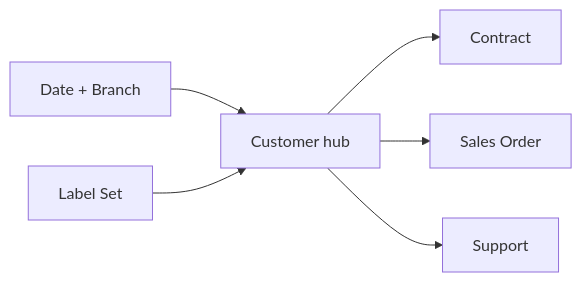
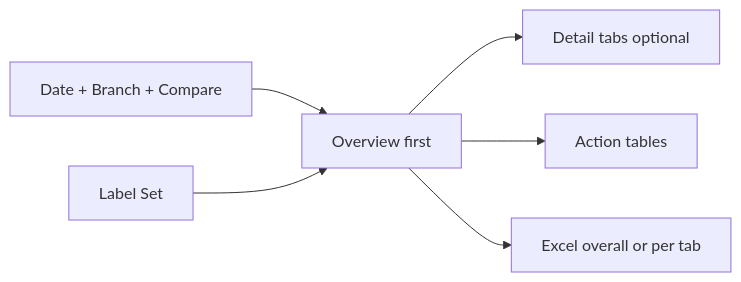
Before and after one commit to Aurifex-Innovations/ERP_docs: the first of 6 diagrams in Dashboard_final_v0/customer-management-dashboard.md, drawn with Mermaid. The commit also changed other lines of this file, not shown here.

````diff
--- a/Dashboard_final_v0/customer-management-dashboard.md
+++ b/Dashboard_final_v0/customer-management-dashboard.md
@@ -56,8 +111,8 @@
 ```mermaid
 flowchart LR
-  hub["Customer hub"] --> contract["Contract"]
-  hub --> so["Sales Order"]
-  hub --> support["Support"]
-  filters["Date + Branch"] --> hub
-  labels["Label Set"] --> hub
+  filters["Date + Branch + Compare"] --> overview["Overview first"]
+  overview --> detail["Detail tabs optional"]
+  overview --> actions["Action tables"]
+  overview --> excel["Excel overall or per tab"]
+  labels["Label Set"] --> overview
 ```
````
